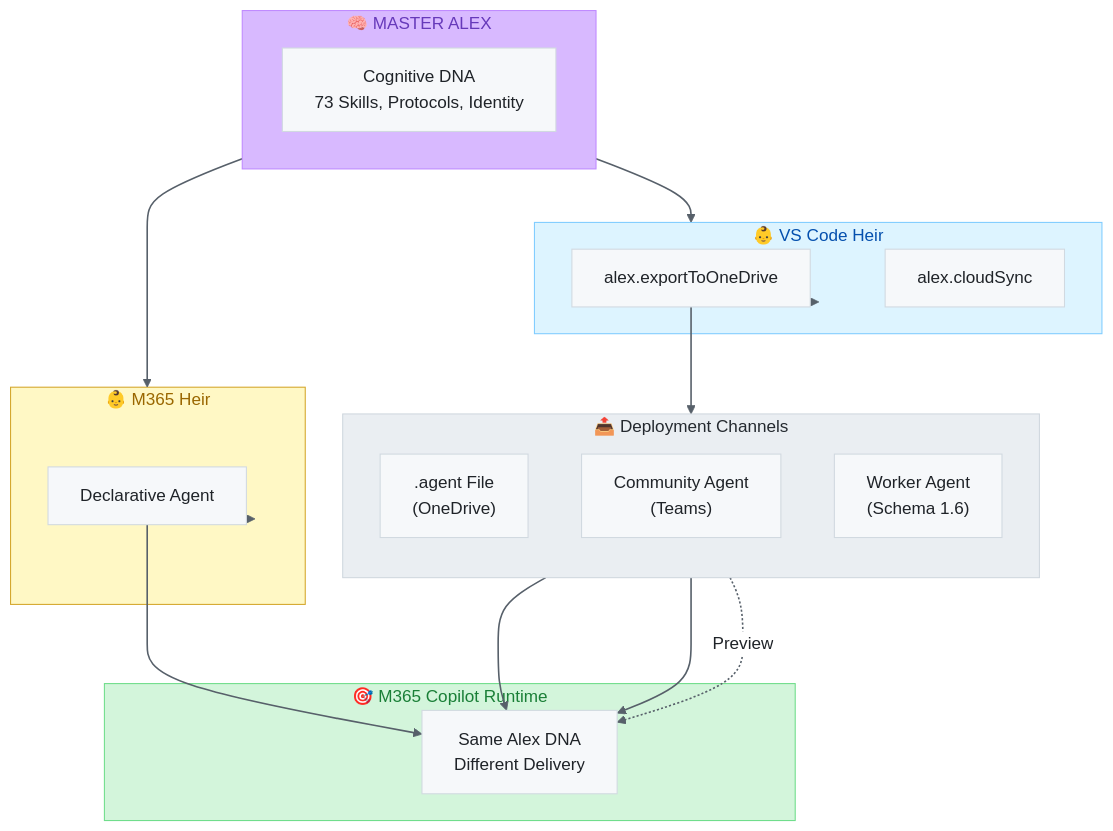
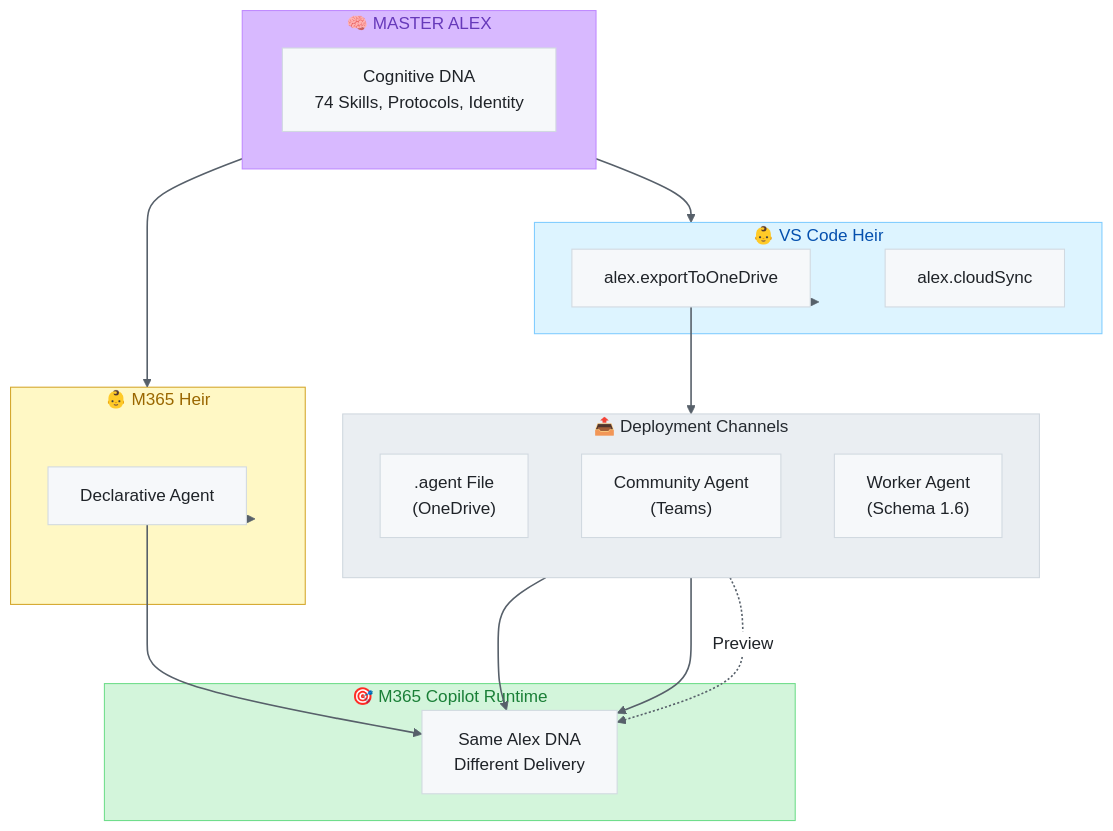
One commit to fabioc-aloha/Alex_Plug_In changed the diagram in platforms/m365-copilot/README.md. Above: the diagram before and after it, drawn with Mermaid. The commit also changed 22 other files, not shown here.

````diff
--- a/platforms/m365-copilot/README.md
+++ b/platforms/m365-copilot/README.md
@@ -162,43 +162,43 @@
 ```mermaid
 %%{init: {'theme': 'base', 'themeVariables': { 'primaryColor': '#f6f8fa', 'primaryTextColor': '#1f2328', 'primaryBorderColor': '#d1d9e0', 'lineColor': '#656d76', 'secondaryColor': '#f6f8fa', 'tertiaryColor': '#ffffff', 'background': '#ffffff', 'mainBkg': '#f6f8fa', 'nodeBorder': '#d1d9e0', 'edgeLabelBackground': '#fff'}}}%%
 flowchart TB
     subgraph Master["🧠 MASTER ALEX"]
-        DNA["Cognitive DNA<br/>73 Skills, Protocols, Identity"]
+        DNA["Cognitive DNA<br/>74 Skills, Protocols, Identity"]
     end
 
     subgraph VSCode["👶 VS Code Heir"]
         Export["alex.exportToOneDrive"]
         Cloud["alex.cloudSync"]
     end
 
     subgraph M365["👶 M365 Heir"]
         DA["Declarative Agent"]
     end
 
     subgraph Channels["📤 Deployment Channels"]
         direction TB
         ODA[".agent File<br/>(OneDrive)"]
         CA["Community Agent<br/>(Teams)"]
         WA["Worker Agent<br/>(Schema 1.6)"]
     end
 
     subgraph Runtime["🎯 M365 Copilot Runtime"]
         COP["Same Alex DNA<br/>Different Delivery"]
     end
 
     Master --> VSCode
     Master --> M365
     VSCode --> Export --> ODA
     M365 --> DA
     DA --> COP
     ODA --> COP
     CA --> COP
     WA -.->|"Preview"| COP
 
     style Master fill:#d8b9ff,color:#6639ba,stroke:#bf8aff
     style VSCode fill:#ddf4ff,color:#0550ae,stroke:#80ccff
     style M365 fill:#fff8c5,color:#9a6700,stroke:#d4a72c
     style Channels fill:#eaeef2,color:#24292f,stroke:#d0d7de
     style Runtime fill:#d3f5db,color:#1a7f37,stroke:#6fdd8b
     linkStyle default stroke:#57606a,stroke-width:1.5px
 ```
````
